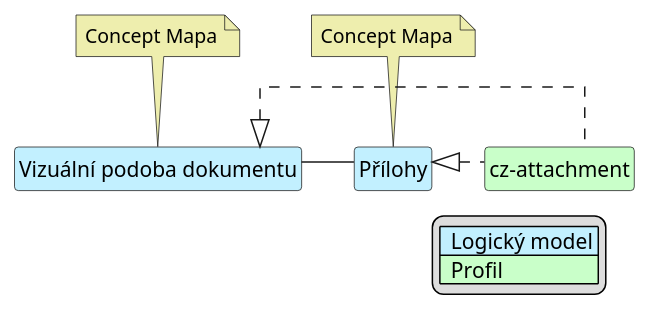
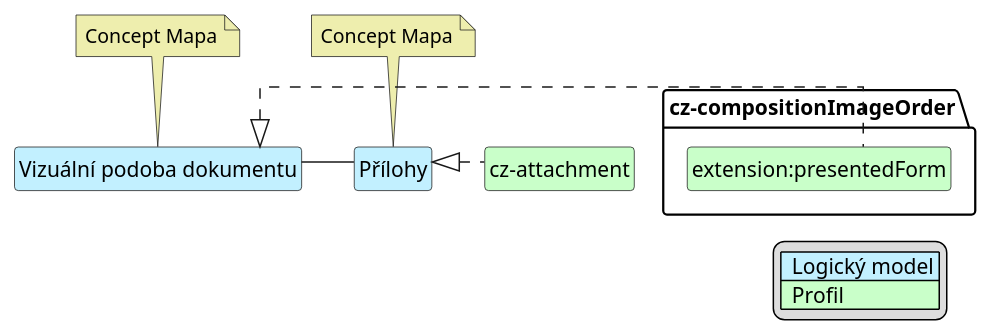
Before and after one commit to HL7-cz/img-order: the diagram in input/images-source/imgOrderAttach-map-cs.plantuml, drawn with PlantUML. The commit also changed 1 other file, not shown here.

Commit message:
Fix plant uml: presented form mapping

```diff
--- a/input/images-source/imgOrderAttach-map-cs.plantuml
+++ b/input/images-source/imgOrderAttach-map-cs.plantuml
@@ -1,43 +1,38 @@
 @startuml
 hide circle
 hide stereotype
 hide members
 hide methods
 skinparam linetype ortho
 skinparam class {
 BackgroundColor<<LogicalModel>> #APPLICATION
 BackgroundColor<<Profile>> #TECHNOLOGY
 }
 legend right
 | <#APPLICATION>  Logický model |
 | <#TECHNOLOGY>  Profil |
 endlegend
 
 class "Vizuální podoba dokumentu" <<LogicalModel>> [[StructureDefinition-PresentedFormCz.html]]
 note top #EEEEAE [[ConceptMap-AttachmentImagingOrder2FHIR-cz.html]]
 Concept Mapa
 endnote
 
 class "Přílohy" <<LogicalModel>> [[StructureDefinition-AttachmentsCz.html]]
 note top #EEEEAE [[ConceptMap-AttachmentImagingOrder2FHIR-cz.html]]
 Concept Mapa
 endnote
 
+class "cz-compositionImageOrder.extension:presentedForm" <<Profile>> [[https://build.fhir.org/ig/HL7-cz/img-order/StructureDefinition-cz-compositionImageOrder.html#ac]]
 class "cz-attachment" <<Profile>> [[https://build.fhir.org/ig/HL7-cz/cz-core/StructureDefinition-cz-attachment.html]]
 
 "Vizuální podoba dokumentu" -- "Přílohy"
 
-"Vizuální podoba dokumentu" <|. "cz-attachment"
+"Vizuální podoba dokumentu" <|. "cz-compositionImageOrder.extension:presentedForm"
 "Přílohy" <|. "cz-attachment"
 
-/'
-"Imaging Order Header" <|. "cz-patient-core"
-"Imaging Order Header" <|. "cz-attachment"
-"Imaging Order Header" <|. "cz-practitioner-core"
-'/
-
 "Vizuální podoba dokumentu" -r[hidden]-> "Přílohy"
-"Vizuální podoba dokumentu" -d[hidden]-> "cz-attachment"
+"Vizuální podoba dokumentu" -d[hidden]-> "cz-compositionImageOrder.extension:presentedForm"
 "Přílohy" -d[hidden]-> "cz-attachment"
 
 @enduml
```
